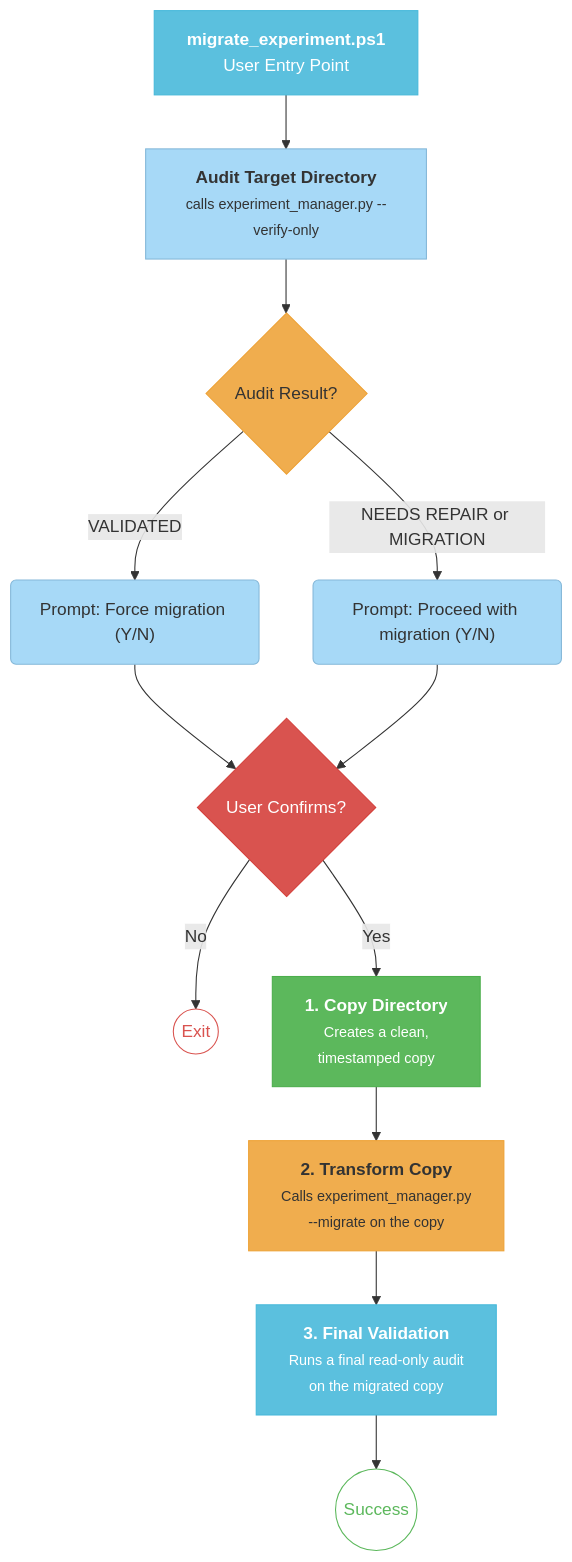
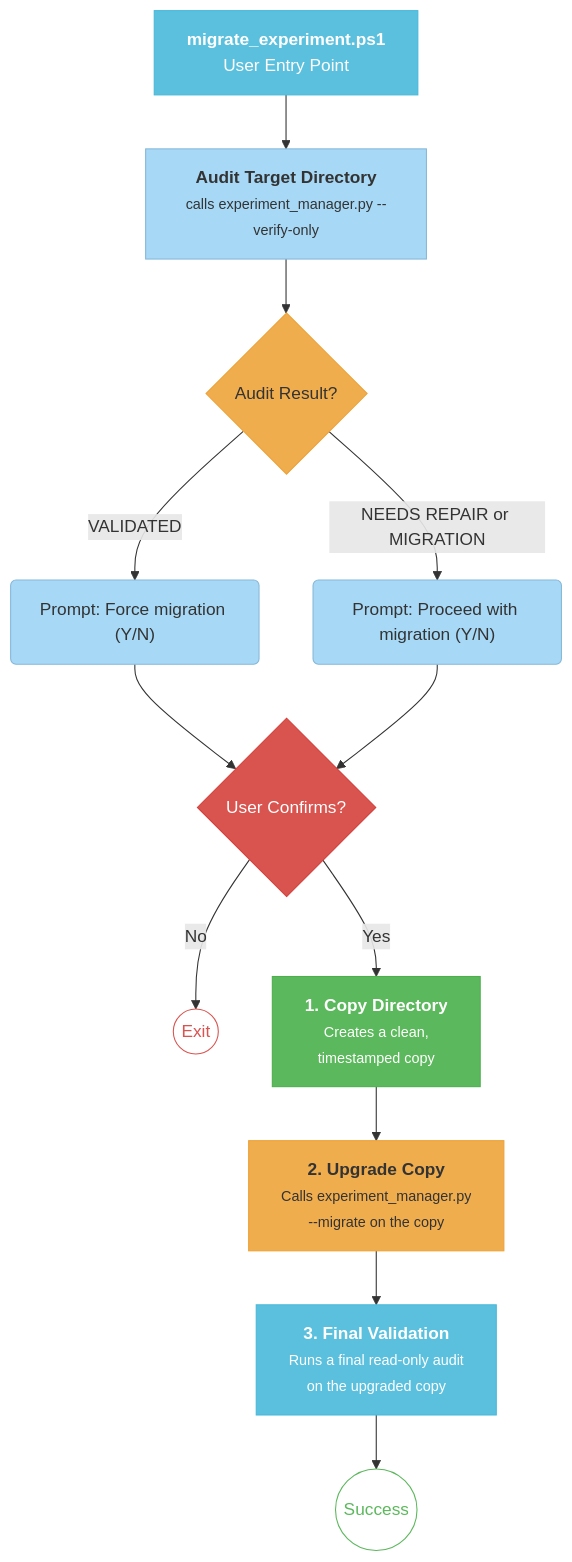
The diagram in docs/diagrams/flow_4_migrate_experiment.mmd (peterjmarko/llm-narrative-framework), drawn with Mermaid before and after one commit. The commit also changed 9 other files, not shown here.

```diff
--- a/docs/diagrams/flow_4_migrate_experiment.mmd
+++ b/docs/diagrams/flow_4_migrate_experiment.mmd
@@ -1,30 +1,30 @@
 graph TD
     A[<b>migrate_experiment.ps1</b><br>User Entry Point]:::script --> B[<b>Audit Target Directory</b><br><small>calls experiment_manager.py --verify-only</small>]:::entry_py_alt
 
     B --> C{Audit Result?}:::decision_alt
 
     C -- "VALIDATED" --> D("Prompt: Force migration (Y/N)"):::prompt_style
     C -- "NEEDS REPAIR or MIGRATION" --> E("Prompt: Proceed with migration (Y/N)"):::prompt_style
 
     D --> F{User Confirms?}:::decision
     E --> F
 
     F -- No --> G((Exit)):::stop_node
 
     F -- Yes --> H[<b>1. Copy Directory</b><br><small>Creates a clean,<br>timestamped copy</small>]:::action
-    H --> I[<b>2. Transform Copy</b><br><small>Calls experiment_manager.py<br>--migrate on the copy</small>]:::entry_py
-    I --> J[<b>3. Final Validation</b><br><small>Runs a final read-only audit<br>on the migrated copy</small>]:::script_audit
+    H --> I[<b>2. Upgrade Copy</b><br><small>Calls experiment_manager.py<br>--migrate on the copy</small>]:::entry_py
+    I --> J[<b>3. Final Validation</b><br><small>Runs a final read-only audit<br>on the upgraded copy</small>]:::script_audit
     J --> K((Success)):::finish_node
 
 
     %% Styling
     classDef script fill:#5bc0de,stroke:#46b8da,color:#fff;
     classDef entry_py_alt fill:#a7d9f7,stroke:#85b8d9,color:#333;
     classDef decision_alt fill:#f0ad4e,stroke:#eea236,color:#333;
     classDef prompt_style fill:#a7d9f7,stroke:#85b8d9,color:#333;
     classDef decision fill:#d9534f,stroke:#d43f3a,color:#fff;
     classDef action fill:#5cb85c,stroke:#4cae4c,color:#fff;
     classDef entry_py fill:#f0ad4e,stroke:#eea236,color:#333;
     classDef script_audit fill:#5bc0de,stroke:#46b8da,color:#fff;
     classDef stop_node fill:#fff,stroke:#d9534f,color:#d9534f;
     classDef finish_node fill:#fff,stroke:#5cb85c,color:#5cb85c;
```
